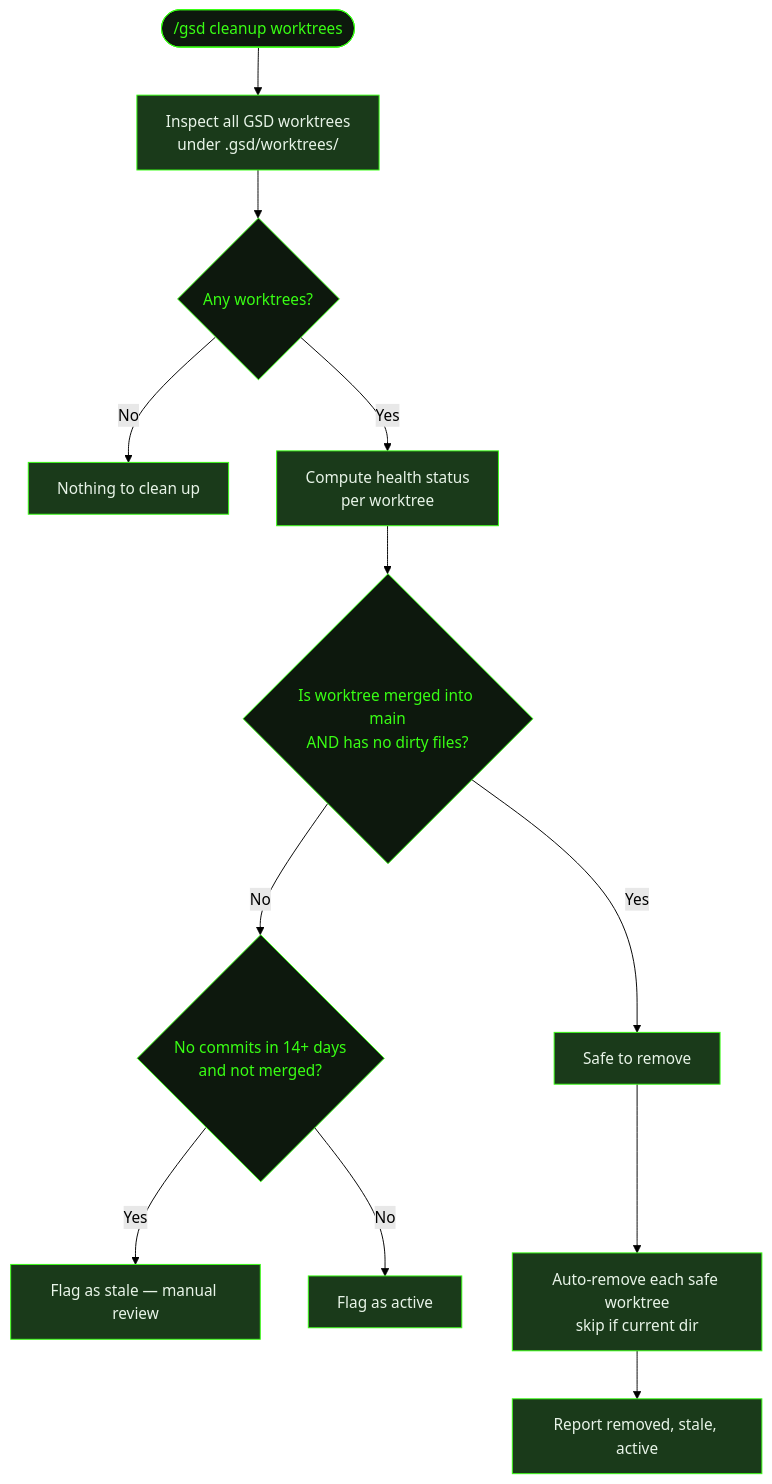
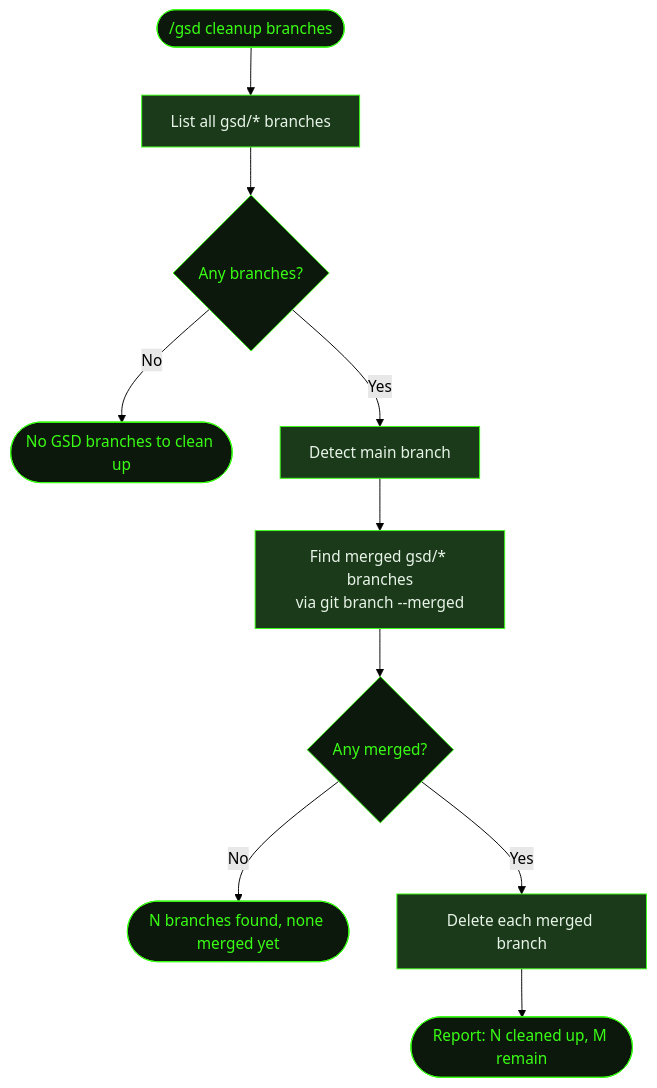
Before and after one commit to shusha-group/gsd2-guide: the diagram in src/content/docs/commands/cleanup.mdx, drawn with Mermaid (forest theme). The commit also changed other lines of this file and 202 other files, not shown here.

````diff
--- a/src/content/docs/commands/cleanup.mdx
+++ b/src/content/docs/commands/cleanup.mdx
@@ -92,27 +32,23 @@
 ```mermaid
 flowchart TD
-    A(["/gsd cleanup worktrees"]) --> B[Inspect all GSD worktrees<br/>under .gsd/worktrees/]
-    B --> C{Any worktrees?}
-    C -- No --> D[Nothing to clean up]
-    C -- Yes --> E[Compute health status<br/>per worktree]
-    E --> F{Is worktree merged into main<br/>AND has no dirty files?}
-    F -- Yes --> G[Safe to remove]
-    F -- No --> H{No commits in 14+ days<br/>and not merged?}
-    H -- Yes --> I[Flag as stale — manual review]
-    H -- No --> J[Flag as active]
-    G --> K[Auto-remove each safe worktree<br/>skip if current dir]
-    K --> L[Report removed, stale, active]
+    A(["/gsd cleanup branches"]) --> B[List all gsd/* branches]
+    B --> C{Any branches?}
+    C -- No --> D([No GSD branches to clean up])
+    C -- Yes --> E[Detect main branch]
+    E --> F[Find merged gsd/* branches<br/>via git branch --merged]
+    F --> G{Any merged?}
+    G -- No --> H([N branches found, none merged yet])
+    G -- Yes --> I[Delete each merged branch]
+    I --> J([Report: N cleaned up, M remain])
 
     style A fill:#0d180d,stroke:#39ff14,color:#39ff14
+    style D fill:#0d180d,stroke:#39ff14,color:#39ff14
+    style H fill:#0d180d,stroke:#39ff14,color:#39ff14
+    style J fill:#0d180d,stroke:#39ff14,color:#39ff14
     style C fill:#0d180d,stroke:#39ff14,color:#39ff14
-    style F fill:#0d180d,stroke:#39ff14,color:#39ff14
-    style H fill:#0d180d,stroke:#39ff14,color:#39ff14
-    style D fill:#1a3a1a,stroke:#39ff14,color:#e8f4e8
+    style G fill:#0d180d,stroke:#39ff14,color:#39ff14
     style B fill:#1a3a1a,stroke:#39ff14,color:#e8f4e8
     style E fill:#1a3a1a,stroke:#39ff14,color:#e8f4e8
-    style G fill:#1a3a1a,stroke:#39ff14,color:#e8f4e8
+    style F fill:#1a3a1a,stroke:#39ff14,color:#e8f4e8
     style I fill:#1a3a1a,stroke:#39ff14,color:#e8f4e8
-    style J fill:#1a3a1a,stroke:#39ff14,color:#e8f4e8
-    style K fill:#1a3a1a,stroke:#39ff14,color:#e8f4e8
-    style L fill:#1a3a1a,stroke:#39ff14,color:#e8f4e8
 ```
````
